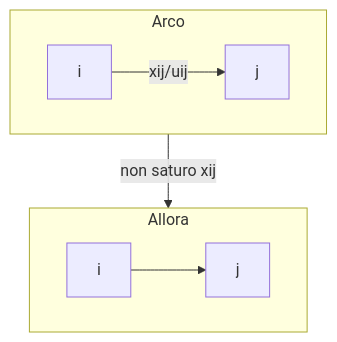
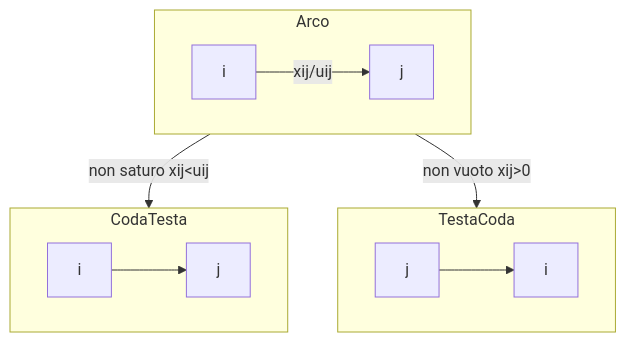
The fifth of 6 diagrams in Ricerca operativa/Problemi di ottimizzazione/Esempi/Esempio ottimizzazione trasporto massimo.md (SuperSamus/appunti-universitari), drawn with Mermaid before and after one commit. The commit also changed other lines of this file, not shown here.

````diff
--- a/Ricerca operativa/Problemi di ottimizzazione/Esempi/Esempio ottimizzazione trasporto massimo.md
+++ b/Ricerca operativa/Problemi di ottimizzazione/Esempi/Esempio ottimizzazione trasporto massimo.md
@@ -102,10 +102,14 @@
 ```mermaid
 flowchart TB
 subgraph Arco
 i --> |xij/uij| j
 end
-Arco --> |non saturo xij<uij| Allora
-subgraph Allora
+Arco --> |"non saturo xij&lt;uij"| CodaTesta
+subgraph CodaTesta
 i1[i] --> j1[j]
 end
+Arco --> |"non vuoto xij&gt;0"| TestaCoda
+subgraph TestaCoda
+j2[j] --> i2[i]
+end
 ```
````
